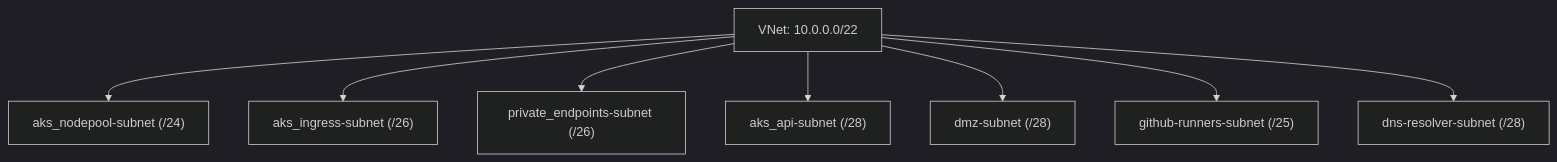
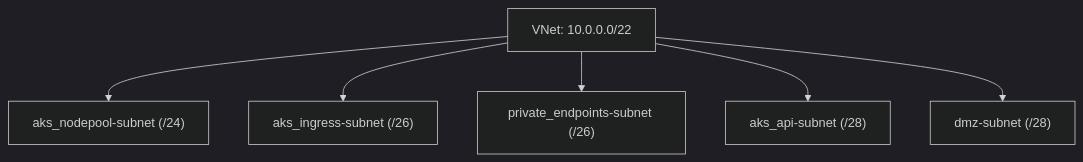
Before and after one commit to MonsieurDahlstrom/tf-azure-lz-network: the diagram in README.md, drawn with Mermaid (dark theme). The commit also changed other lines of this file and 2 other files, not shown here.

````diff
--- a/README.md
+++ b/README.md
@@ -10,11 +99,9 @@
 ```mermaid
 graph TD
-  VNet["VNet: 10.0.0.0/22"]
-  VNet --> A1["aks_nodepool-subnet (/24)"]
-  VNet --> A2["aks_ingress-subnet (/26)"]
-  VNet --> A3["private_endpoints-subnet (/26)"]
-  VNet --> A4["aks_api-subnet (/28)"]
-  VNet --> A5["dmz-subnet (/28)"]
-  VNet --> A6["github-runners-subnet (/25)"]
-  VNet --> A7["dns-resolver-subnet (/28)"]
+    VNet["VNet: 10.0.0.0/22"]
+    VNet --> A1["aks_nodepool-subnet (/24)"]
+    VNet --> A2["aks_ingress-subnet (/26)"]
+    VNet --> A3["private_endpoints-subnet (/26)"]
+    VNet --> A4["aks_api-subnet (/28)"]
+    VNet --> A5["dmz-subnet (/28)"]
 ```
````
